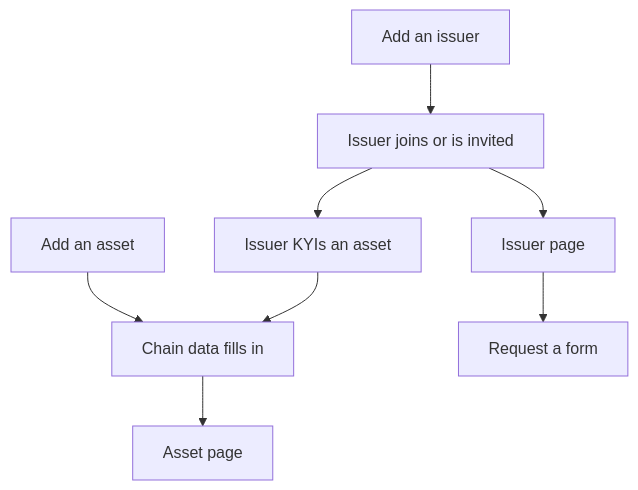
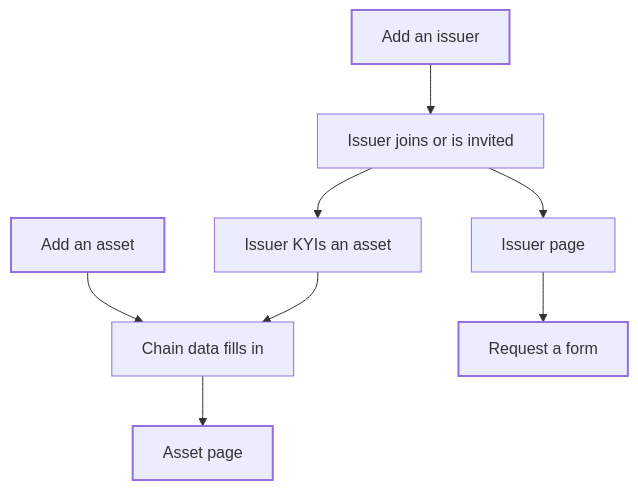
One commit to blupryntco/docs changed the diagram in proof/registry.mdx. Above: the diagram before and after it, drawn with Mermaid. The commit also changed 54 other files, not shown here.

Commit message:
Diagrams in site palette with dark mode; Developers overview for SDK + both APIs

````diff
--- a/proof/registry.mdx
+++ b/proof/registry.mdx
@@ -20,10 +20,14 @@
 ```mermaid
 flowchart TD
   A[Add an asset] --> B[Chain data fills in]
   C[Add an issuer] --> D[Issuer joins or is invited]
   D --> E[Issuer KYIs an asset]
   E --> B
   B --> F[Asset page]
   D --> G[Issuer page]
   G --> H[Request a form]
+classDef start stroke-width:2px
+classDef done stroke-width:2px
+class A,C start
+class F,H done
 ```
````
